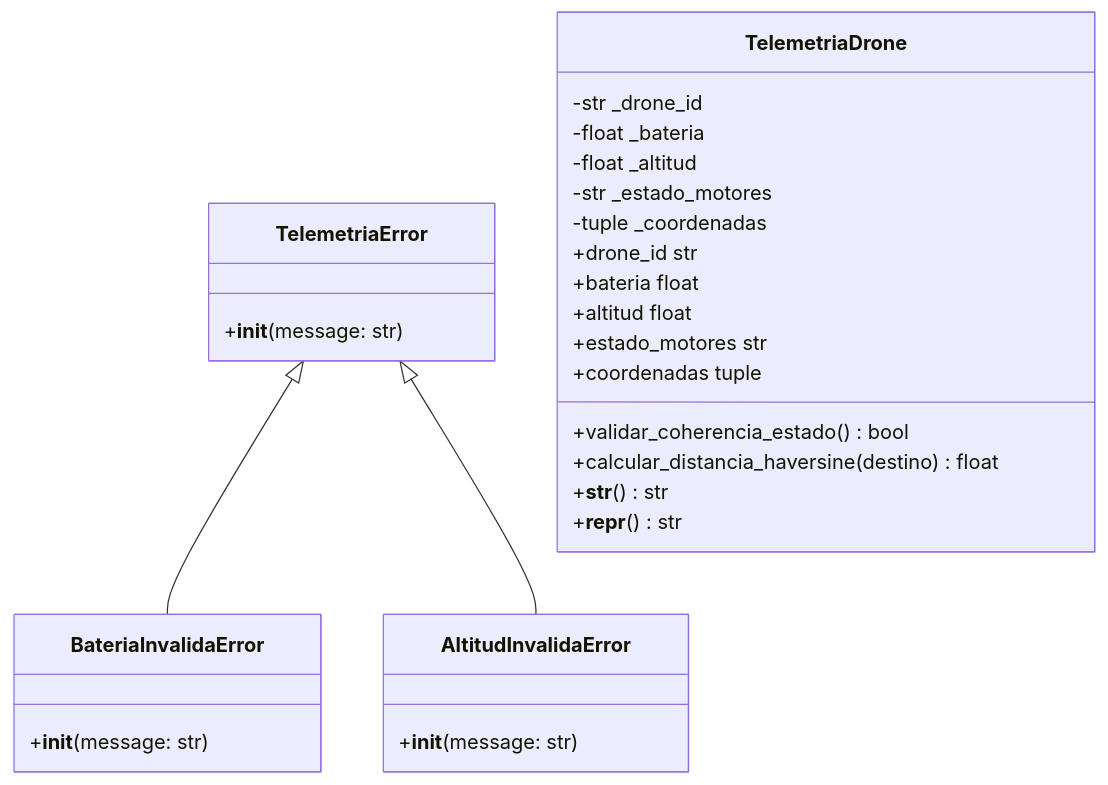
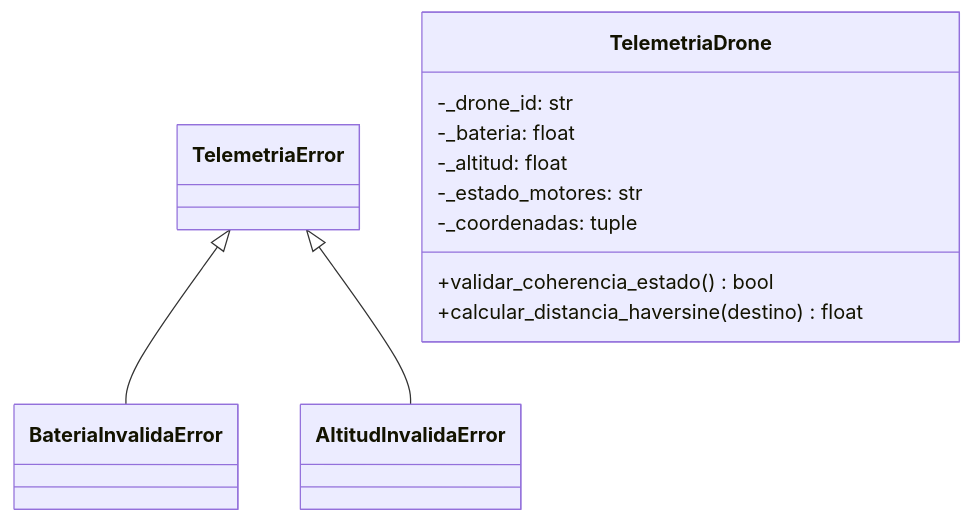
One commit to juanma120808/SkyRoute-Drones-POO changed the diagram in docs/03_modelo_del_mundo_uml.md. Above: the diagram before and after it, drawn with Mermaid. The commit also changed other lines of this file and 3 other files, not shown here.

````diff
--- a/docs/03_modelo_del_mundo_uml.md
+++ b/docs/03_modelo_del_mundo_uml.md
@@ -33,34 +28,24 @@
 ```mermaid
 classDiagram
     class TelemetriaError {
-        +__init__(message: str)
     }
 
     class BateriaInvalidaError {
-        +__init__(message: str)
     }
 
     class AltitudInvalidaError {
-        +__init__(message: str)
     }
 
     class TelemetriaDrone {
-        -str _drone_id
-        -float _bateria
-        -float _altitud
-        -str _estado_motores
-        -tuple _coordenadas
-        +drone_id str
-        +bateria float
-        +altitud float
-        +estado_motores str
-        +coordenadas tuple
+        -_drone_id: str
+        -_bateria: float
+        -_altitud: float
+        -_estado_motores: str
+        -_coordenadas: tuple
         +validar_coherencia_estado() bool
         +calcular_distancia_haversine(destino) float
-        +__str__() str
-        +__repr__() str
     }
 
     TelemetriaError <|-- BateriaInvalidaError
     TelemetriaError <|-- AltitudInvalidaError
 ```
````
